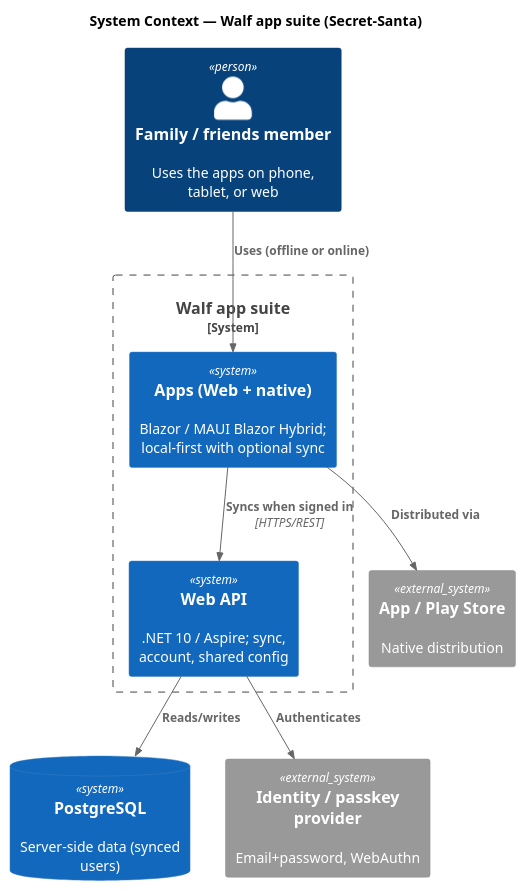
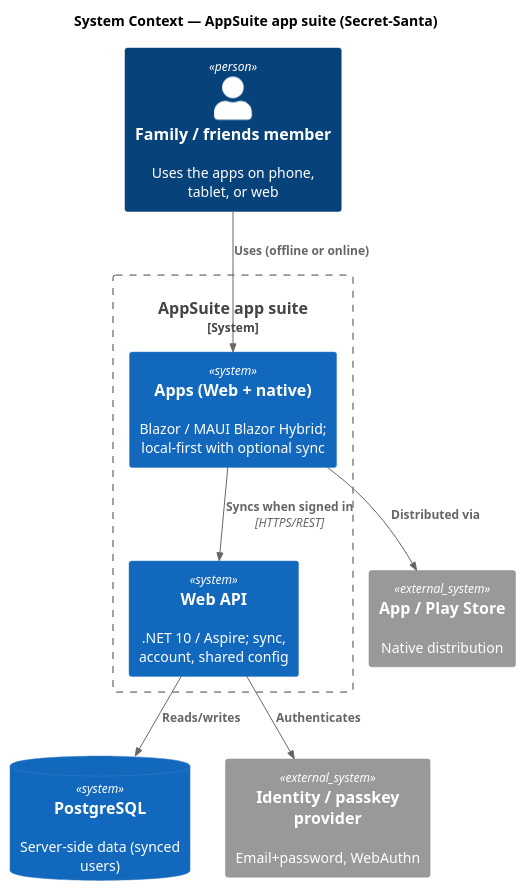
The diagram in docs/diagrams/c4/system-context.puml (CircleTools-ch/circletools-suite), drawn with PlantUML before and after one commit. The commit also changed 258 other files, not shown here.

Commit message:
Rename back to AppSuite

```diff
--- a/docs/diagrams/c4/system-context.puml
+++ b/docs/diagrams/c4/system-context.puml
@@ -1,25 +1,25 @@
 @startuml system-context
-' C4 System Context for the Walf app suite.
+' C4 System Context for the AppSuite app suite.
 ' Render with the C4-PlantUML includes, then pre-render to SVG (ADR-0004):
 '   java -jar plantuml.jar -tsvg -o ../exported system-context.puml
 !include https://raw.githubusercontent.com/plantuml-stdlib/C4-PlantUML/master/C4_Context.puml
 
-title System Context — Walf app suite (Secret-Santa)
+title System Context — AppSuite app suite (Secret-Santa)
 
 Person(user, "Family / friends member", "Uses the apps on phone, tablet, or web")
 
-System_Boundary(suite, "Walf app suite") {
+System_Boundary(suite, "AppSuite app suite") {
   System(clients, "Apps (Web + native)", "Blazor / MAUI Blazor Hybrid; local-first with optional sync")
   System(api, "Web API", ".NET 10 / Aspire; sync, account, shared config")
 }
 
 SystemDb(pg, "PostgreSQL", "Server-side data (synced users)")
 System_Ext(idp, "Identity / passkey provider", "Email+password, WebAuthn")
 System_Ext(stores, "App / Play Store", "Native distribution")
 
 Rel(user, clients, "Uses (offline or online)")
 Rel(clients, api, "Syncs when signed in", "HTTPS/REST")
 Rel(api, pg, "Reads/writes")
 Rel(api, idp, "Authenticates")
 Rel(clients, stores, "Distributed via")
 @enduml
```
